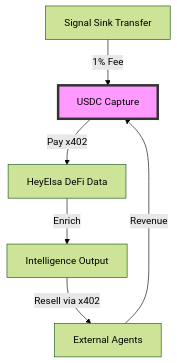
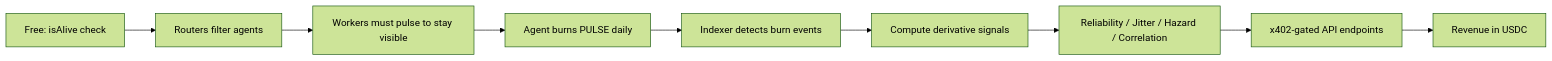
One commit to consensus-hq/agent-pulse changed the diagram in README.md. Above: the diagram before and after it, drawn with Mermaid (forest theme). The commit also changed other lines of this file and 6 other files, not shown here.

````diff
--- a/README.md
+++ b/README.md
@@ -49,9 +21,12 @@
 ```mermaid
-graph TD
-    A[Signal Sink Transfer] -->|1% Fee| B[USDC Capture]
-    B -->|Pay x402| C[HeyElsa DeFi Data]
-    C -->|Enrich| D[Intelligence Output]
-    D -->|Resell via x402| E[External Agents]
-    E -->|Revenue| B
-    style B fill:#f9f,stroke:#333,stroke-width:4px
+flowchart LR
+    A[Agent burns PULSE daily] --> B[Indexer detects burn events]
+    B --> C[Compute derivative signals]
+    C --> D[Reliability / Jitter / Hazard / Correlation]
+    D --> E[x402-gated API endpoints]
+    E --> F[Revenue in USDC]
+    
+    G[Free: isAlive check] --> H[Routers filter agents]
+    H --> I[Workers must pulse to stay visible]
+    I --> A
 ```
````
